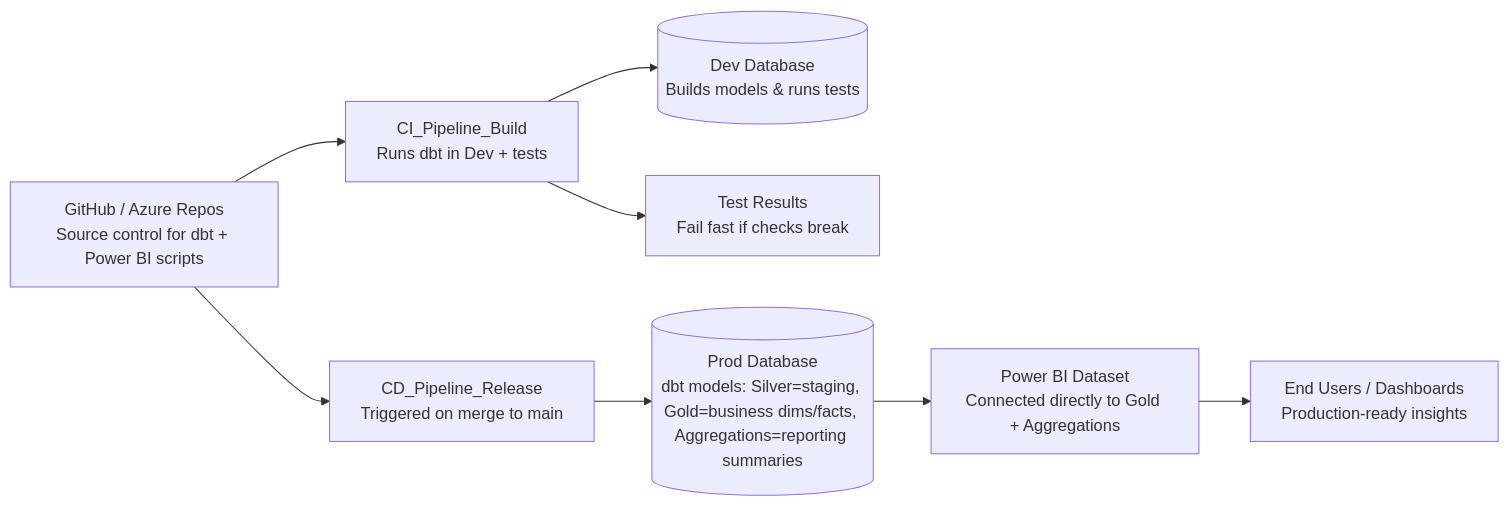
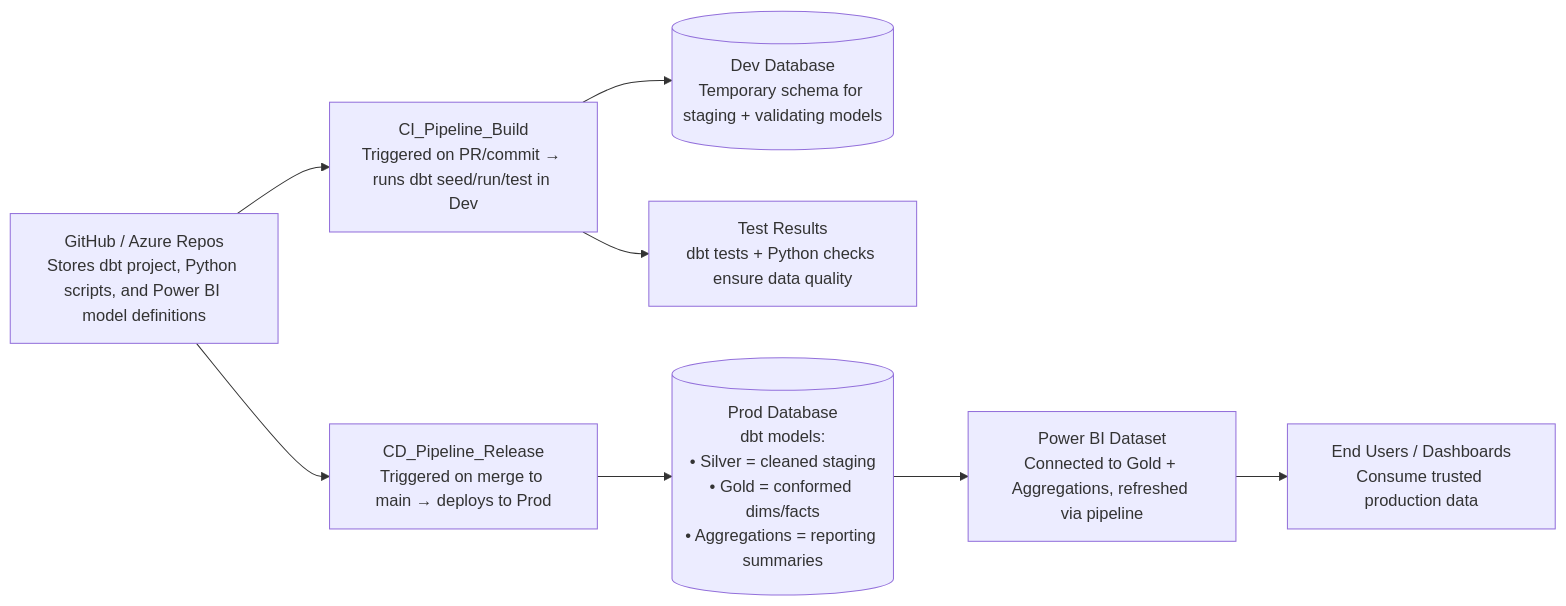
The diagram in README.md (echoNad3/balta_data_architect_task), drawn with Mermaid before and after one commit.

````diff
--- a/README.md
+++ b/README.md
@@ -115,15 +115,15 @@
 ```mermaid
 flowchart LR
-  GIT[GitHub / Azure Repos<br/>Source control for dbt + Power BI scripts] 
-    --> CI[CI_Pipeline_Build<br/>Runs dbt in Dev + tests]
+  GIT[GitHub / Azure Repos<br/>Stores dbt project, Python scripts, and Power BI model definitions] 
+    --> CI[CI_Pipeline_Build<br/>Triggered on PR/commit → runs dbt seed/run/test in Dev]
 
-  CI --> DEVDB[(Dev Database<br/>Builds models & runs tests)]
-  CI --> QA[Test Results<br/>Fail fast if checks break]
+  CI --> DEVDB[(Dev Database<br/>Temporary schema for staging + validating models)]
+  CI --> QA[Test Results<br/>dbt tests + Python checks ensure data quality]
 
-  GIT --> CD[CD_Pipeline_Release<br/>Triggered on merge to main]
+  GIT --> CD[CD_Pipeline_Release<br/>Triggered on merge to main → deploys to Prod]
 
-  CD --> PRODDB[(Prod Database<br/>dbt models: Silver=staging, Gold=business dims/facts, Aggregations=reporting summaries)]
+  CD --> PRODDB[(Prod Database<br/>dbt models:<br/>• Silver = cleaned staging<br/>• Gold = conformed dims/facts<br/>• Aggregations = reporting summaries)]
 
-  PRODDB --> PBI[Power BI Dataset<br/>Connected directly to Gold + Aggregations]
-  PBI --> USERS[End Users / Dashboards<br/>Production-ready insights]
+  PRODDB --> PBI[Power BI Dataset<br/>Connected to Gold + Aggregations, refreshed via pipeline]
+  PBI --> USERS[End Users / Dashboards<br/>Consume trusted production data]
   ```
````
